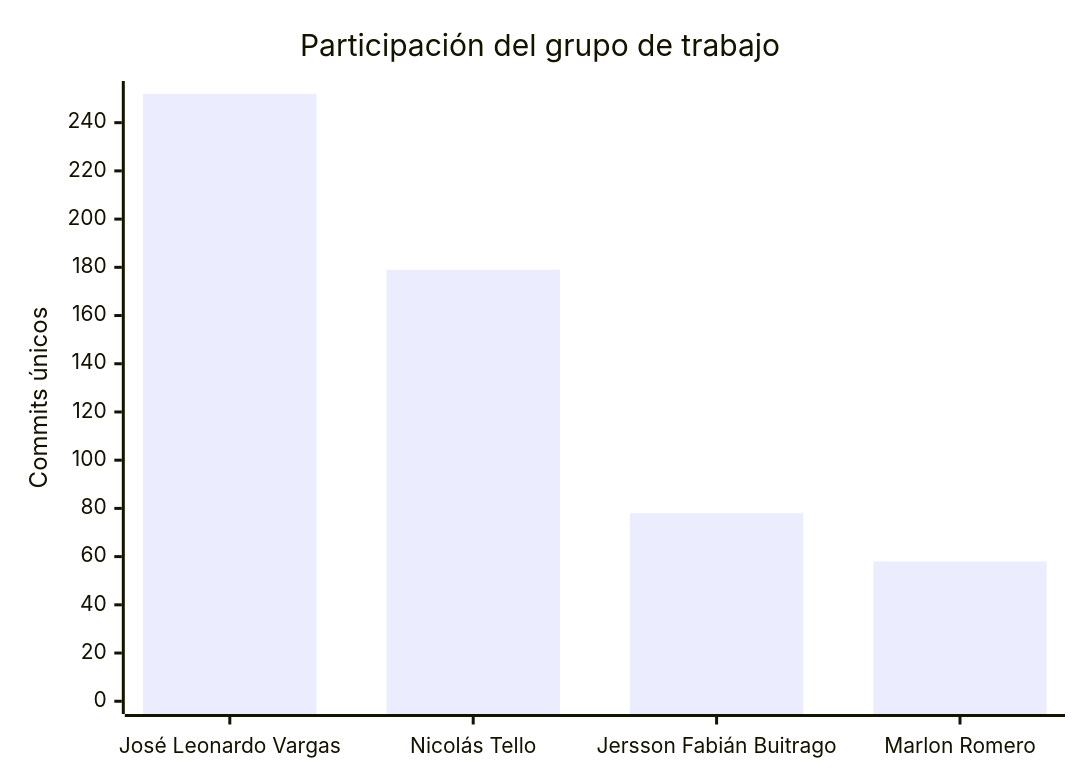
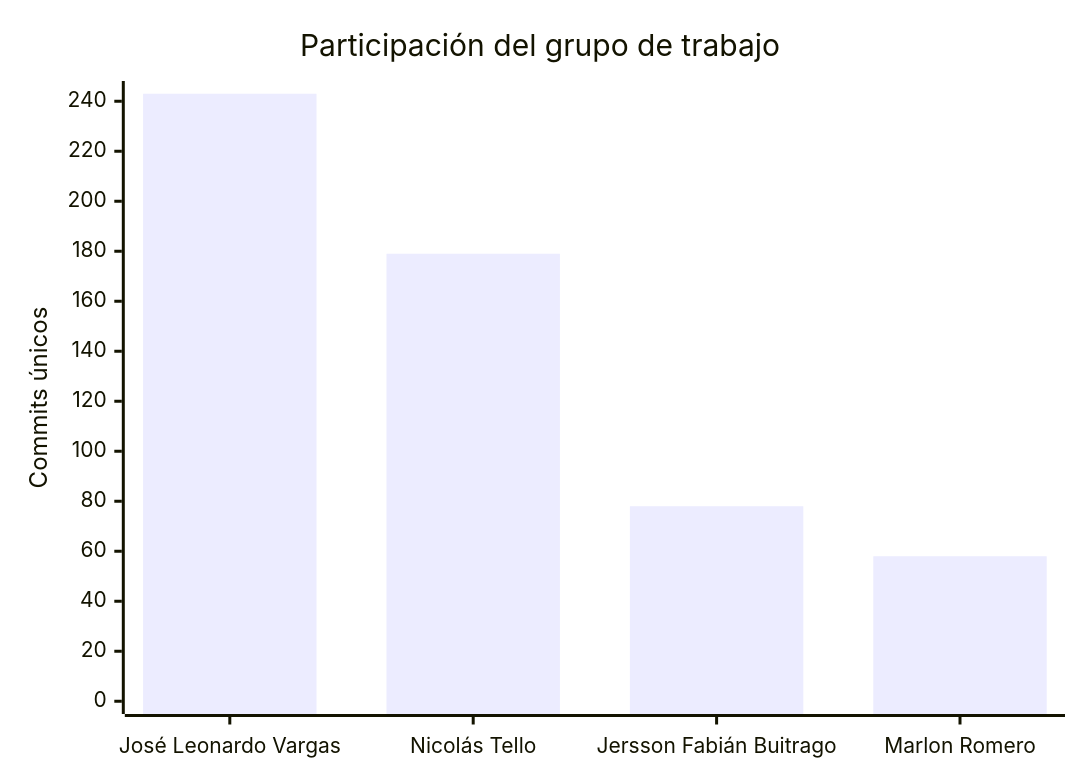
Before and after one commit to FarmaExpres/FarmaExpres: the second of 2 diagrams in README.md, drawn with Mermaid. The commit also changed other lines of this file and 1 other file, not shown here.

````diff
--- a/README.md
+++ b/README.md
@@ -401,7 +401,7 @@
 ```mermaid
 xychart-beta
     title "Participación del grupo de trabajo"
     x-axis ["José Leonardo Vargas", "Nicolás Tello", "Jersson Fabián Buitrago", "Marlon Romero"]
-    y-axis "Commits únicos" 0 --> 252
-    bar [252, 179, 78, 58]
+    y-axis "Commits únicos" 0 --> 243
+    bar [243, 179, 78, 58]
 ```
````
